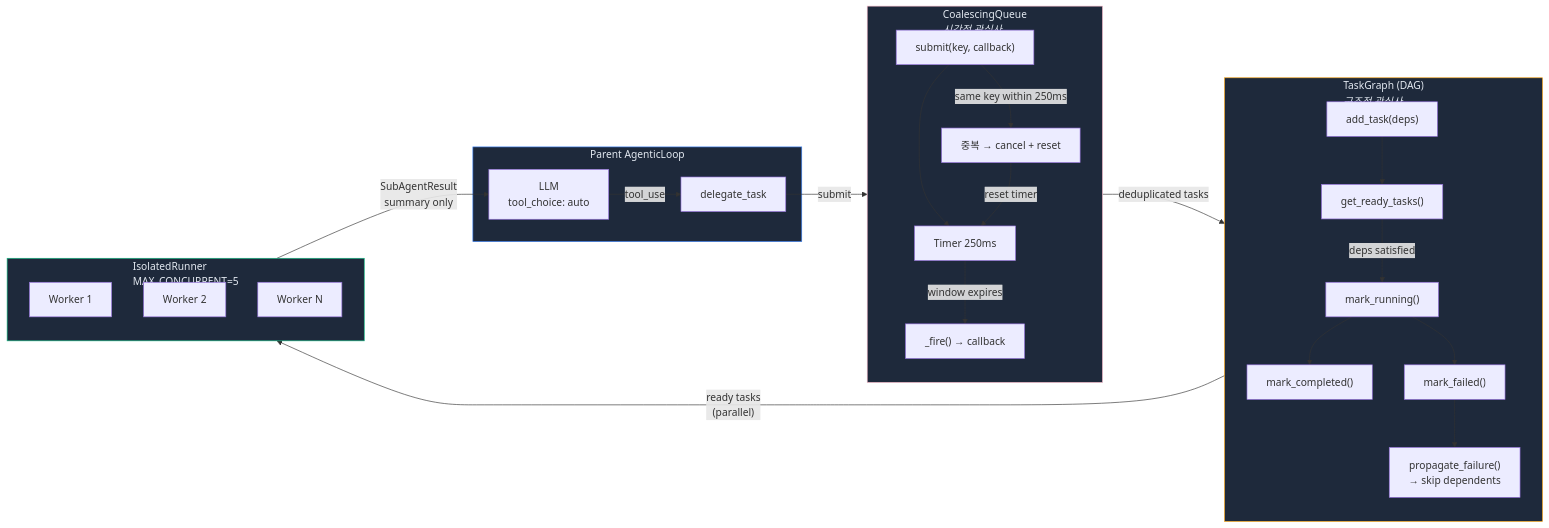
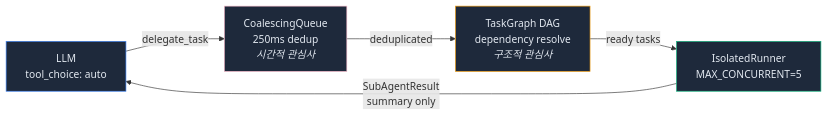
Before and after one commit to mangowhoiscloud/geode: the seventh of 18 diagrams in docs/architecture.md, drawn with Mermaid. The commit also changed other lines of this file, not shown here.

First line of the commit message:
docs: Memory Architecture 정합성 수정 + Mermaid 겹침 해결

````diff
--- a/docs/architecture.md
+++ b/docs/architecture.md
@@ -272,51 +272,18 @@
 ```mermaid
 flowchart LR
-    subgraph Parent["Parent AgenticLoop"]
-        LLM["LLM<br/>tool_choice: auto"]
-        DT["delegate_task"]
-    end
+    LLM["LLM<br/>tool_choice: auto"] -->|"delegate_task"| CQ
 
-    subgraph CQ["CoalescingQueue<br/><i>시간적 관심사</i>"]
-        direction TB
-        Submit["submit(key, callback)"]
-        Timer["Timer 250ms"]
-        Dedup["중복 → cancel + reset"]
-        Fire["_fire() → callback"]
-        Submit --> Timer
-        Timer -->|"window expires"| Fire
-        Submit -->|"same key within 250ms"| Dedup
-        Dedup -->|"reset timer"| Timer
-    end
+    CQ["CoalescingQueue<br/>250ms dedup<br/><i>시간적 관심사</i>"]
+    CQ -->|"deduplicated"| TG
 
-    subgraph TG["TaskGraph (DAG)<br/><i>구조적 관심사</i>"]
-        direction TB
-        Add["add_task(deps)"]
-        Ready["get_ready_tasks()"]
-        Run["mark_running()"]
-        Done["mark_completed()"]
-        Fail["mark_failed()"]
-        Skip["propagate_failure()<br/>→ skip dependents"]
-        Add --> Ready
-        Ready -->|"deps satisfied"| Run
-        Run --> Done
-        Run --> Fail
-        Fail --> Skip
-    end
+    TG["TaskGraph DAG<br/>dependency resolve<br/><i>구조적 관심사</i>"]
+    TG -->|"ready tasks"| IR
 
-    subgraph IR["IsolatedRunner<br/>MAX_CONCURRENT=5"]
-        W1["Worker 1"]
-        W2["Worker 2"]
-        W3["Worker N"]
-    end
-
-    LLM -->|"tool_use"| DT
-    DT -->|"submit"| CQ
-    CQ -->|"deduplicated tasks"| TG
-    TG -->|"ready tasks<br/>(parallel)"| IR
+    IR["IsolatedRunner<br/>MAX_CONCURRENT=5"]
     IR -->|"SubAgentResult<br/>summary only"| LLM
 
-    style Parent fill:#1e293b,stroke:#3b82f6,color:#e2e8f0
+    style LLM fill:#1e293b,stroke:#3b82f6,color:#e2e8f0
     style CQ fill:#1e293b,stroke:#f4b8c8,color:#e2e8f0
     style TG fill:#1e293b,stroke:#f59e0b,color:#e2e8f0
     style IR fill:#1e293b,stroke:#10b981,color:#e2e8f0
 ```
````
